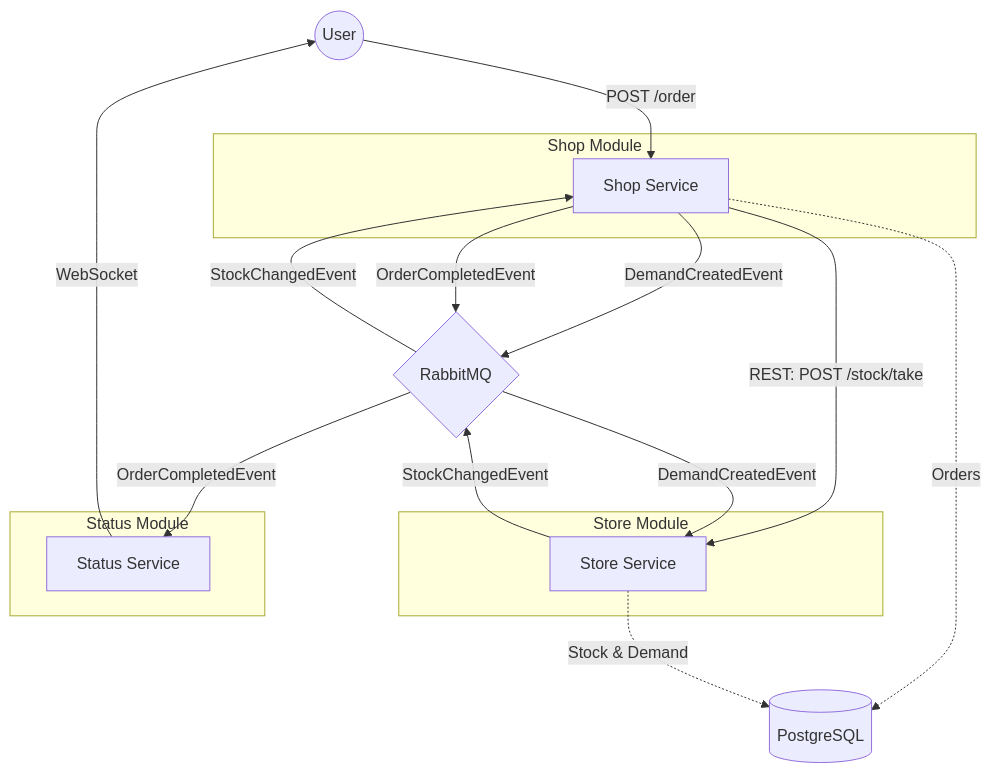
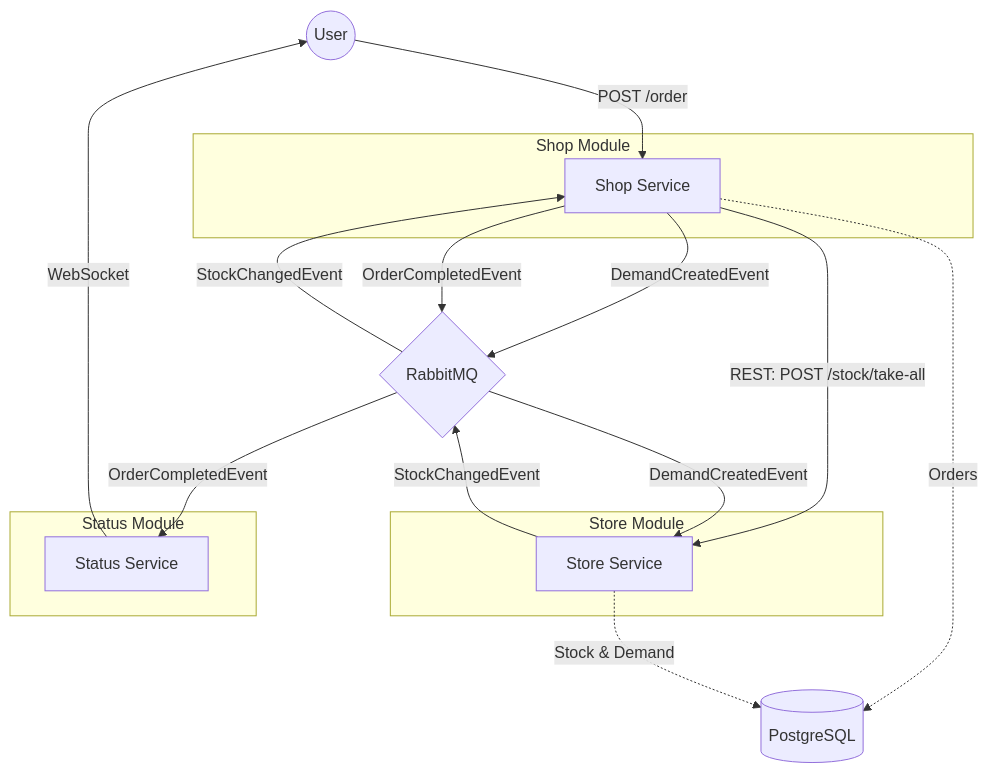
The diagram in README.md (hsiliev/online-store), drawn with Mermaid before and after one commit. The commit also changed 5 other files, not shown here.

Commit message:
feature: do batch take from store

````diff
--- a/README.md
+++ b/README.md
@@ -9,35 +9,35 @@
 ```mermaid
 graph TD
     User((User))
     
     subgraph "Shop Module"
         Shop[Shop Service]
     end
     
     subgraph "Store Module"
         Store[Store Service]
     end
     
     subgraph "Status Module"
         Status[Status Service]
     end
     
     MQ{RabbitMQ}
     DB[(PostgreSQL)]
     
     User -->|POST /order| Shop
     Shop -->|DemandCreatedEvent| MQ
-    Shop -->|REST: POST /stock/take| Store
+    Shop -->|REST: POST /stock/take-all| Store
     Shop -.->|Orders| DB
     
     Store -.->|Stock & Demand| DB
     Store -->|StockChangedEvent| MQ
     
     MQ -->|StockChangedEvent| Shop
     MQ -->|DemandCreatedEvent| Store
     
     Shop -->|OrderCompletedEvent| MQ
     MQ -->|OrderCompletedEvent| Status
     
     Status -->|WebSocket| User
 ```
````
